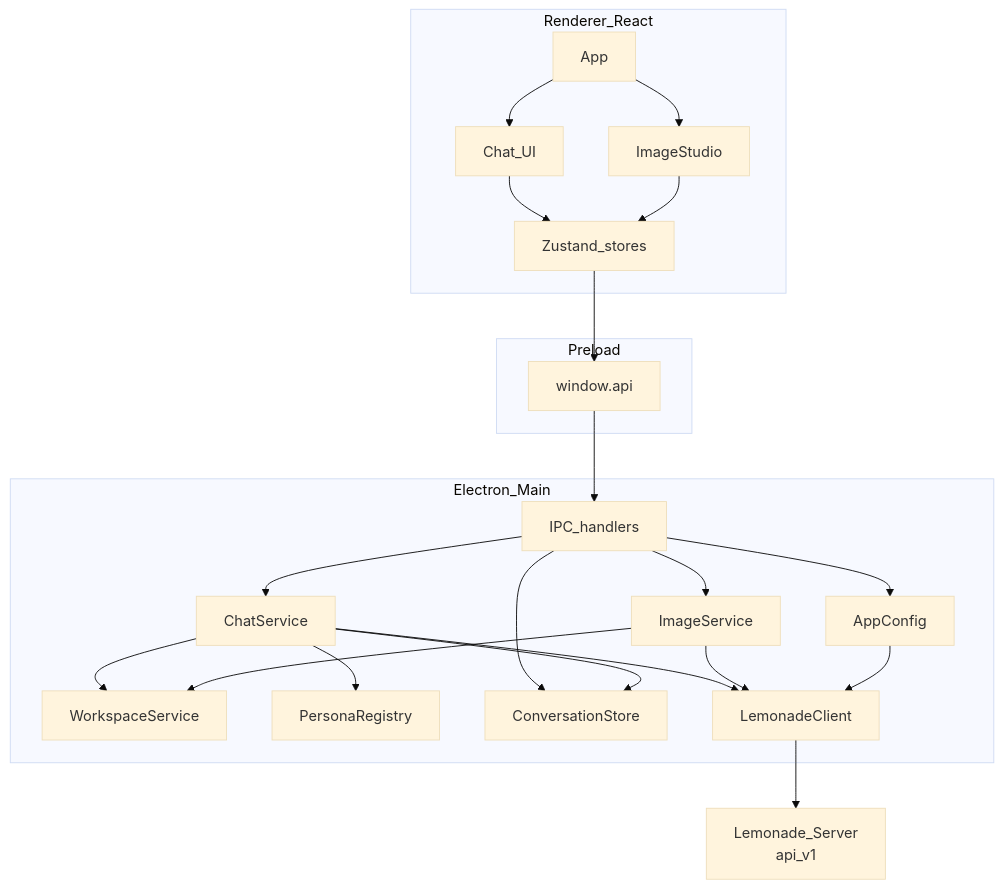
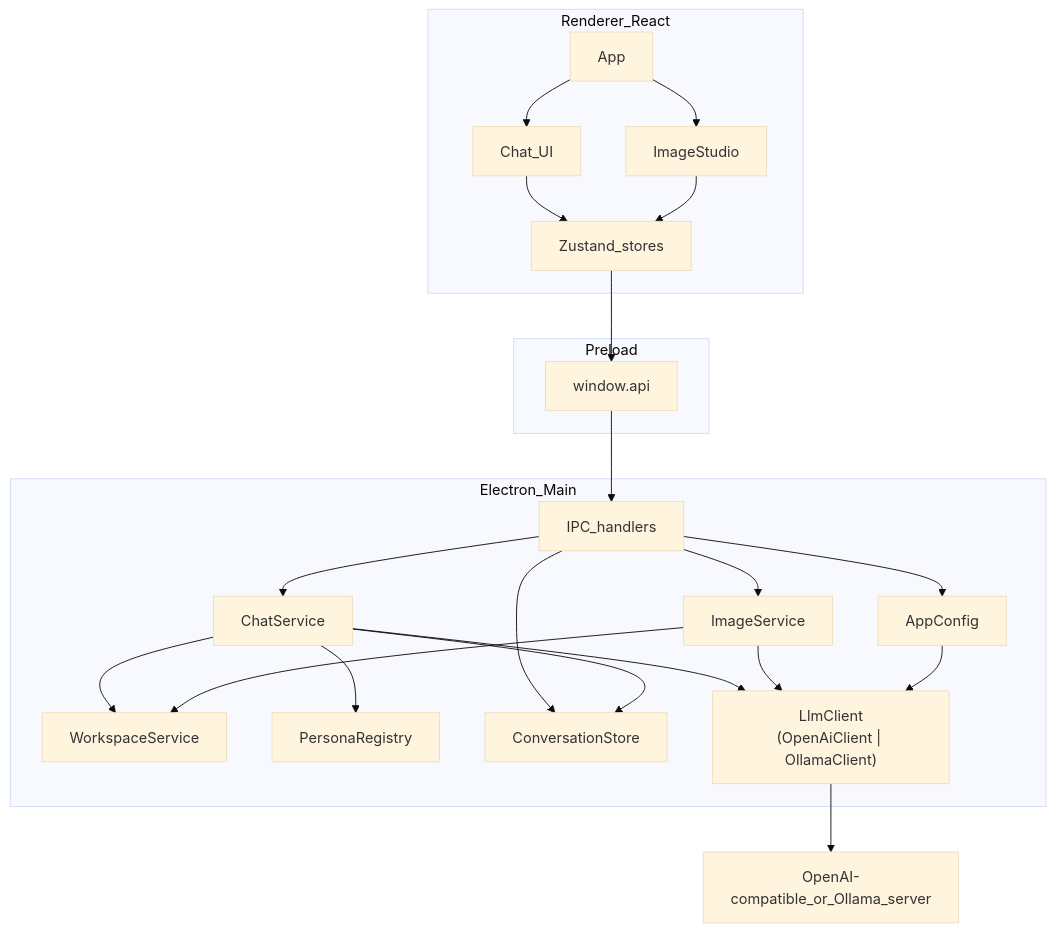
The diagram in desktop/ARCHITECTURE.md (destouma/MultiAgent), drawn with Mermaid (base theme) before and after one commit. The commit also changed other lines of this file and 20 other files, not shown here.

````diff
--- a/desktop/ARCHITECTURE.md
+++ b/desktop/ARCHITECTURE.md
@@ -40,45 +51,45 @@
 ```mermaid
 flowchart TB
   subgraph renderer [Renderer_React]
     App[App]
     ChatUI[Chat_UI]
     ImageUI[ImageStudio]
     Stores[Zustand_stores]
   end
 
   subgraph preload [Preload]
     Bridge[window.api]
   end
 
   subgraph main [Electron_Main]
     Handlers[IPC_handlers]
     ChatSvc[ChatService]
     ImageSvc[ImageService]
     Workspace[WorkspaceService]
     Personas[PersonaRegistry]
     DB[ConversationStore]
     Config[AppConfig]
-    Client[LemonadeClient]
+    Client["LlmClient\n(OpenAiClient | OllamaClient)"]
   end
 
-  Lemonade["Lemonade_Server\napi_v1"]
+  Server["OpenAI-compatible_or_Ollama_server"]
 
   App --> ChatUI
   App --> ImageUI
   ChatUI --> Stores
   ImageUI --> Stores
   Stores --> Bridge
   Bridge --> Handlers
   Handlers --> ChatSvc
   Handlers --> ImageSvc
   Handlers --> DB
   Handlers --> Config
   ChatSvc --> Personas
   ChatSvc --> Client
   ChatSvc --> Workspace
   ChatSvc --> DB
   ImageSvc --> Client
   ImageSvc --> Workspace
-  Client --> Lemonade
+  Client --> Server
   Config --> Client
 ```
````
